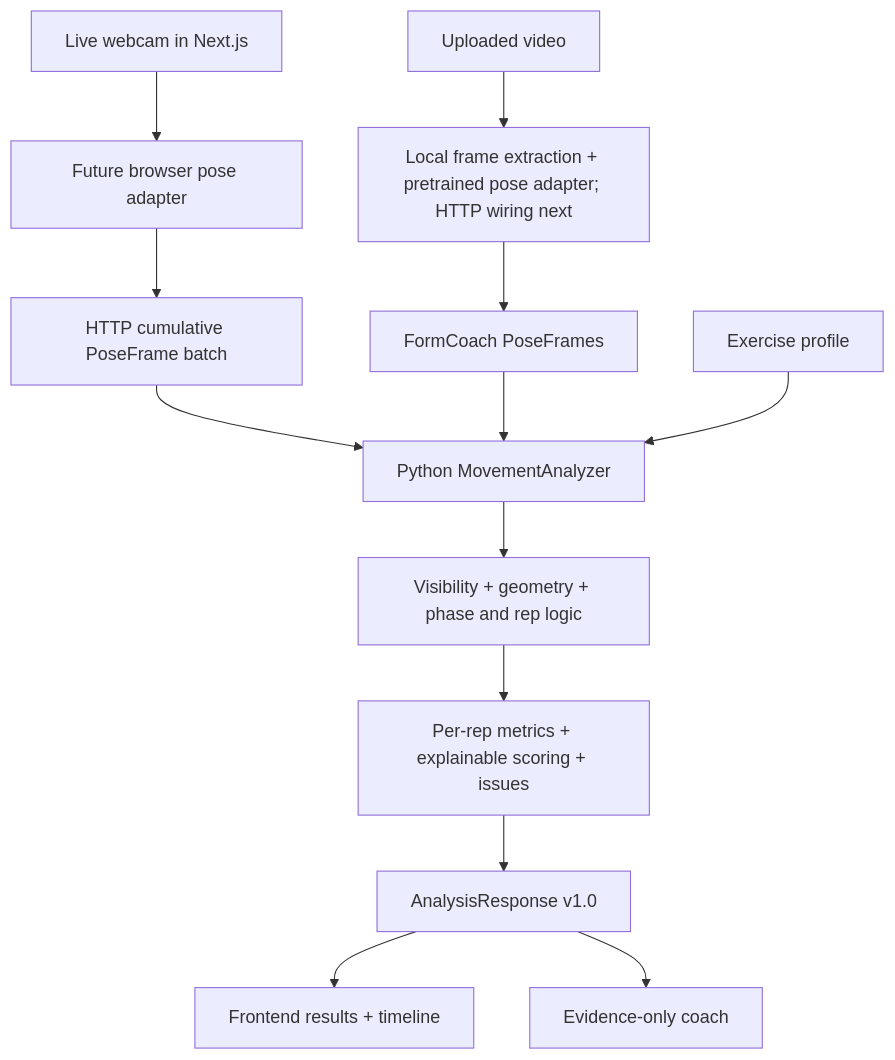
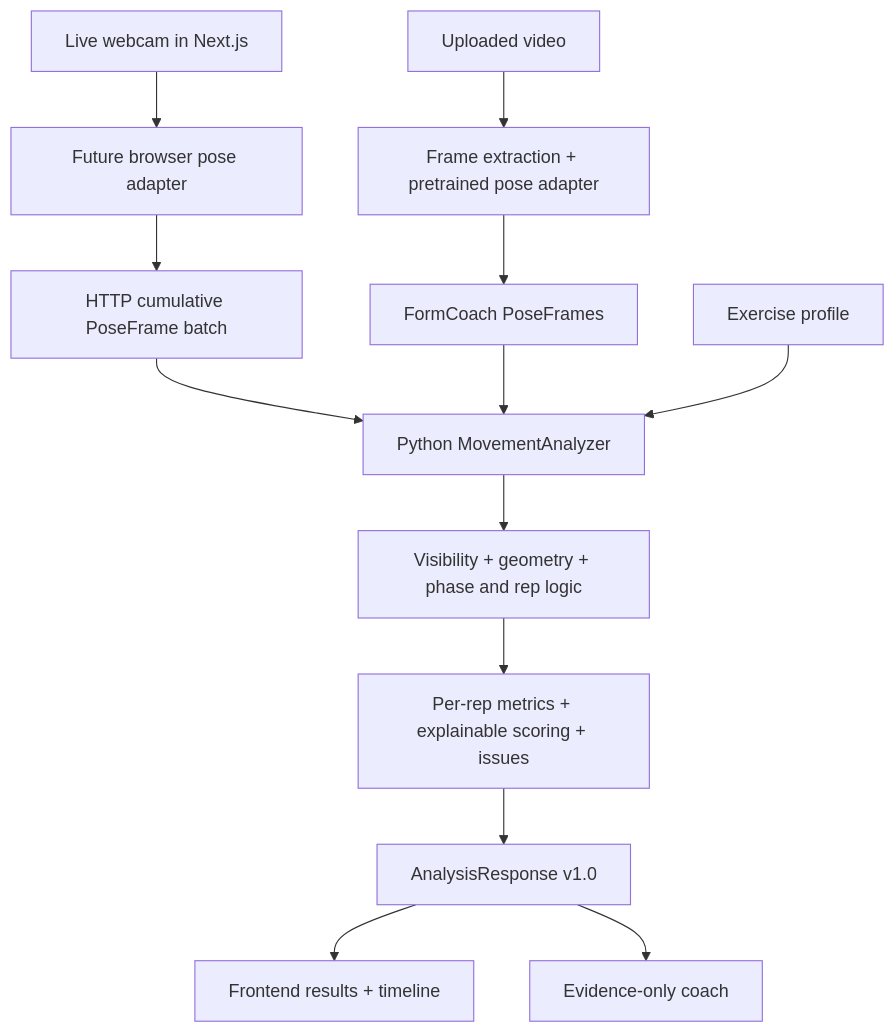
Before and after one commit to Arpitv26/FormCoach: the diagram in docs/ARCHITECTURE.md, drawn with Mermaid. The commit also changed other lines of this file and 9 other files, not shown here.

````diff
--- a/docs/ARCHITECTURE.md
+++ b/docs/ARCHITECTURE.md
@@ -6,15 +6,15 @@
 ```mermaid
 flowchart TD
   Camera[Live webcam in Next.js] --> BrowserPose[Future browser pose adapter]
   BrowserPose --> Batch[HTTP cumulative PoseFrame batch]
   Batch --> Analyzer[Python MovementAnalyzer]
-  Upload[Uploaded video] --> Video[Local frame extraction + pretrained pose adapter; HTTP wiring next]
+  Upload[Uploaded video] --> Video[Frame extraction + pretrained pose adapter]
   Video --> Poses[FormCoach PoseFrames]
   Poses --> Analyzer
   Profile[Exercise profile] --> Analyzer
   Analyzer --> Geometry[Visibility + geometry + phase and rep logic]
   Geometry --> Evidence[Per-rep metrics + explainable scoring + issues]
   Evidence --> JSON[AnalysisResponse v1.0]
   JSON --> Dashboard[Frontend results + timeline]
   JSON --> Coach[Evidence-only coach]
 ```
````
